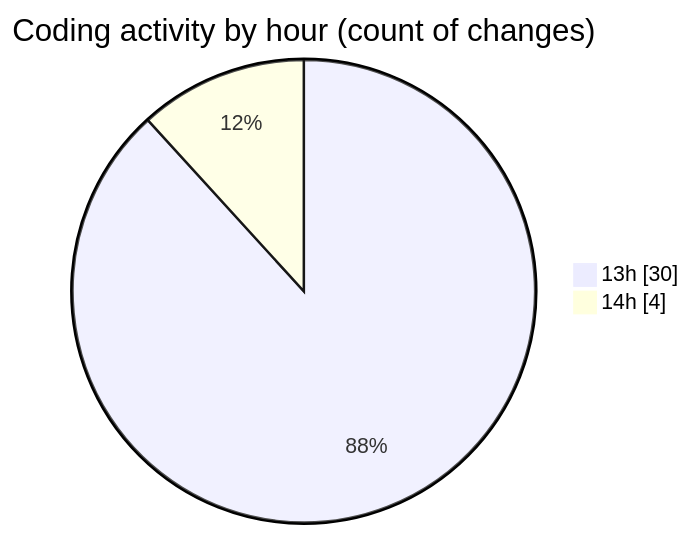
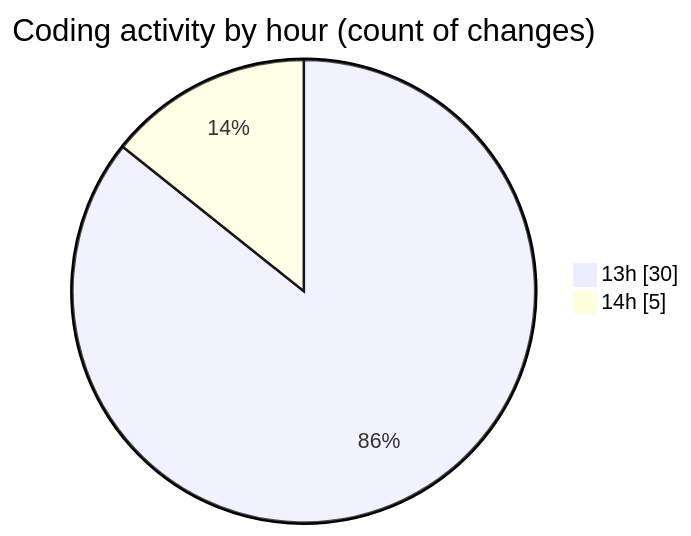
One commit to robertbonfada/code-tracking changed the second of 2 diagrams in 2025-01-14/mbc-web/README.md. Above: the diagram before and after it, drawn with Mermaid. The commit also changed other lines of this file and 1 other file, not shown here.

````diff
--- a/2025-01-14/mbc-web/README.md
+++ b/2025-01-14/mbc-web/README.md
@@ -46,6 +46,6 @@
 ```mermaid
 pie showData
 title Coding activity by hour (count of changes)
 "13h" : 30
-"14h" : 4
+"14h" : 5
 ```
````
